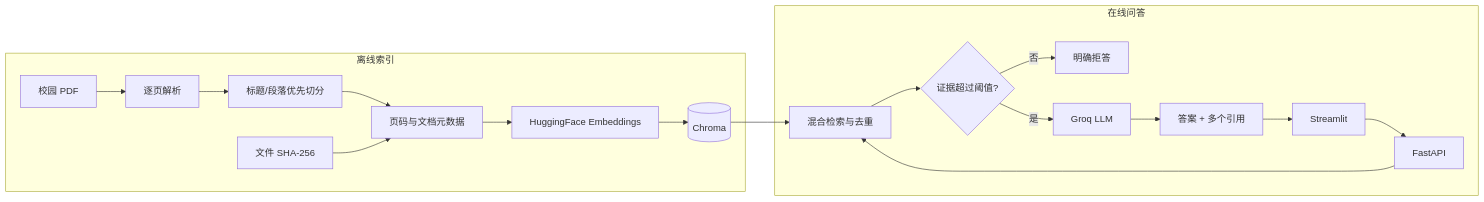
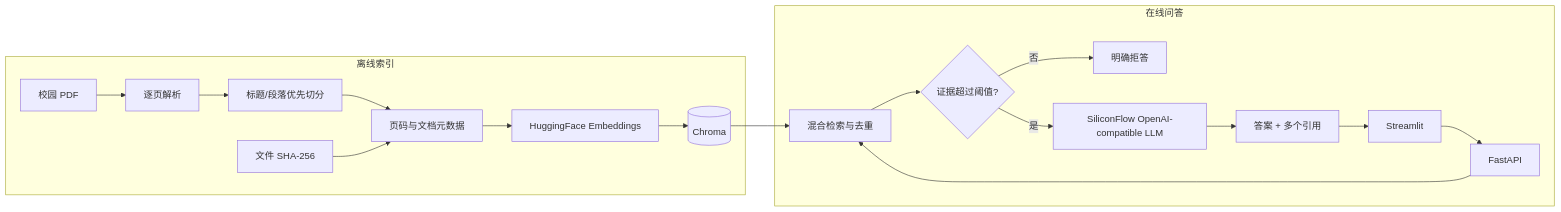
One commit to Shen-Xiaodan/campus-assistant changed the diagram in README.md. Above: the diagram before and after it, drawn with Mermaid. The commit also changed other lines of this file and 9 other files, not shown here.

Commit message:
Fix RAG scoring and add SiliconFlow provider

````diff
--- a/README.md
+++ b/README.md
@@ -26,22 +26,22 @@
 ```mermaid
 flowchart LR
     subgraph ingestion[离线索引]
         PDF[校园 PDF] --> Parse[逐页解析]
         Parse --> Chunk[标题/段落优先切分]
         Chunk --> Meta[页码与文档元数据]
         Meta --> Embed[HuggingFace Embeddings]
         Embed --> Chroma[(Chroma)]
         Hash[文件 SHA-256] --> Meta
     end
 
     subgraph serving[在线问答]
         UI[Streamlit] --> API[FastAPI]
         API --> Retrieve[混合检索与去重]
         Chroma --> Retrieve
         Retrieve --> Gate{证据超过阈值?}
         Gate -- 否 --> Refuse[明确拒答]
-        Gate -- 是 --> LLM[Groq LLM]
+        Gate -- 是 --> LLM[SiliconFlow OpenAI-compatible LLM]
         LLM --> Result[答案 + 多个引用]
         Result --> UI
     end
 ```
````
